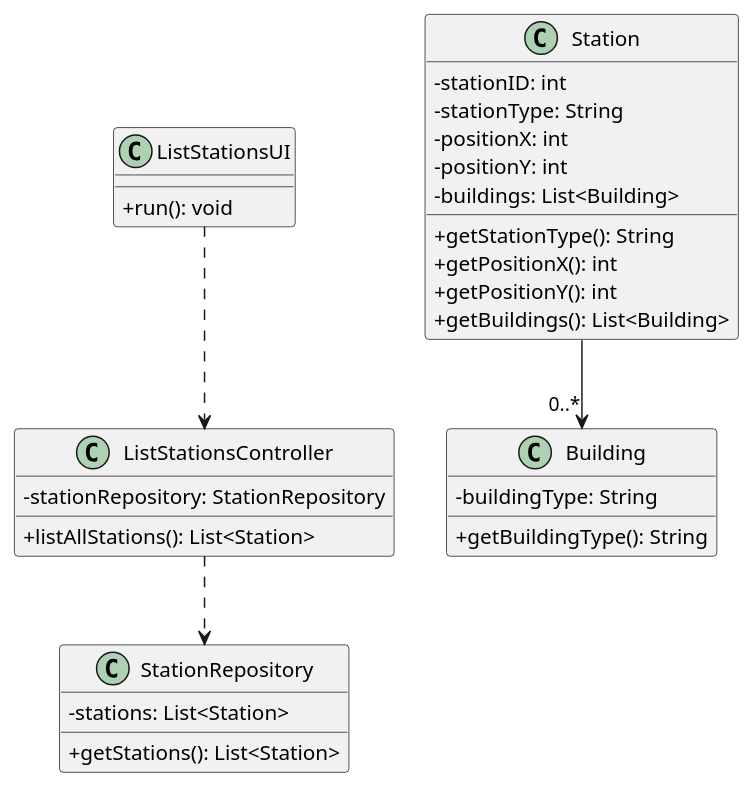
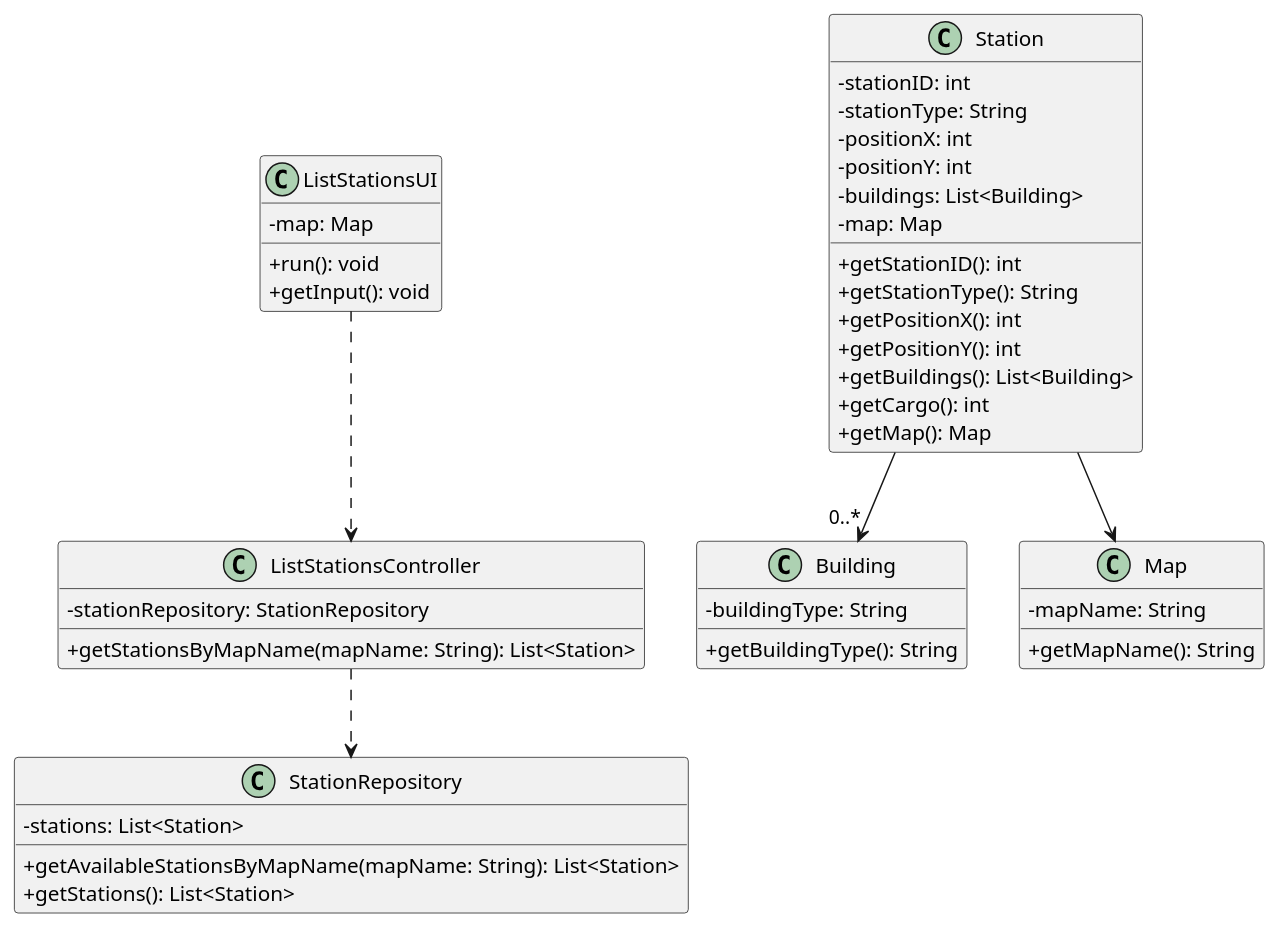
The diagram in docs/sprint2/us007/03.design/puml/us007-class-diagram.puml (ivasduarte/all-aboard), drawn with PlantUML before and after one commit. The commit also changed 8 other files, not shown here.

```diff
--- a/docs/sprint2/us007/03.design/puml/us007-class-diagram.puml
+++ b/docs/sprint2/us007/03.design/puml/us007-class-diagram.puml
@@ -1,41 +1,54 @@
 @startuml
 skinparam packageStyle rectangle
 skinparam shadowing false
 skinparam linetype polyline
 skinparam classAttributeIconSize 0
 
 class ListStationsUI {
+    - map: Map
     + run(): void
+    + getInput(): void
 }
 
 class ListStationsController {
     - stationRepository: StationRepository
-    + listAllStations(): List<Station>
+    + getStationsByMapName(mapName: String): List<Station>
 }
 
 class StationRepository {
     - stations: List<Station>
+    + getAvailableStationsByMapName(mapName: String): List<Station>
     + getStations(): List<Station>
 }
 
 class Station {
     - stationID: int
     - stationType: String
     - positionX: int
     - positionY: int
     - buildings: List<Building>
+    - map: Map
+    + getStationID(): int
     + getStationType(): String
     + getPositionX(): int
     + getPositionY(): int
     + getBuildings(): List<Building>
+    + getCargo(): int
+    + getMap(): Map
 }
 
 class Building {
     - buildingType: String
     + getBuildingType(): String
 }
 
+class Map {
+    - mapName: String
+    + getMapName(): String
+}
+
 ListStationsUI ..> ListStationsController
 ListStationsController ..> StationRepository
 Station --> "0..*" Building
+Station --> Map
 @enduml
```
